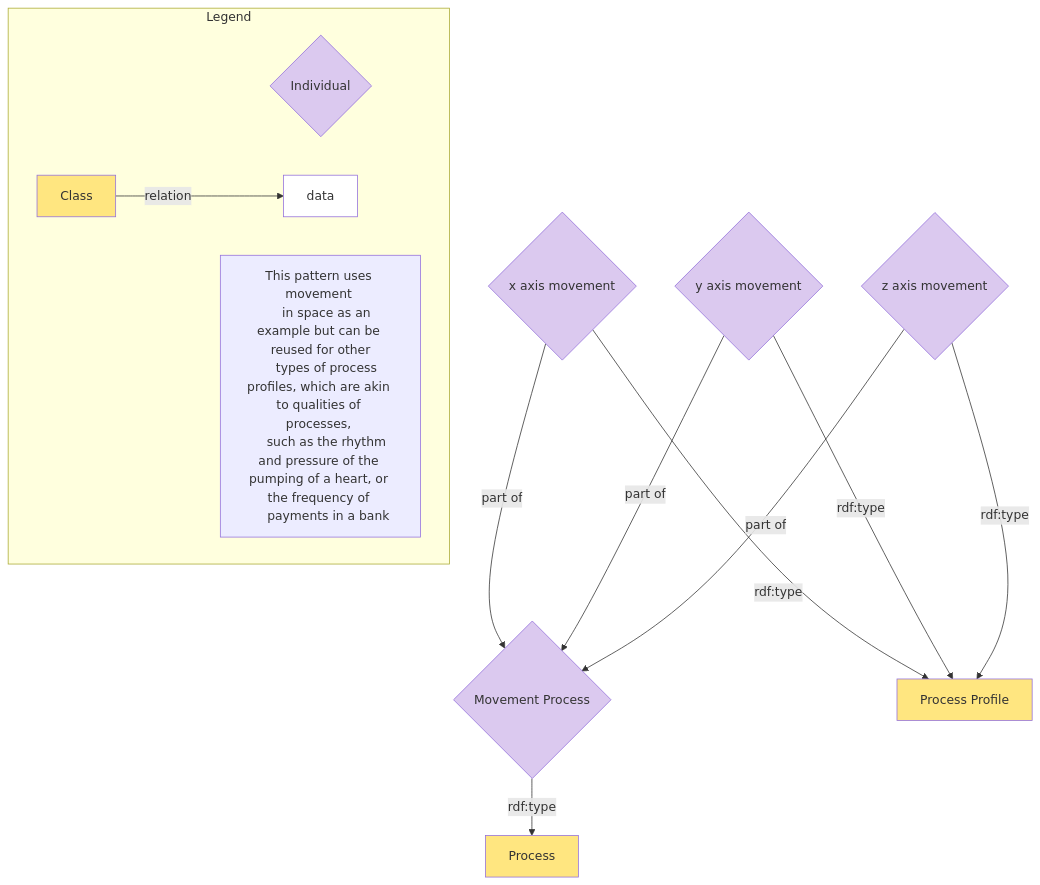
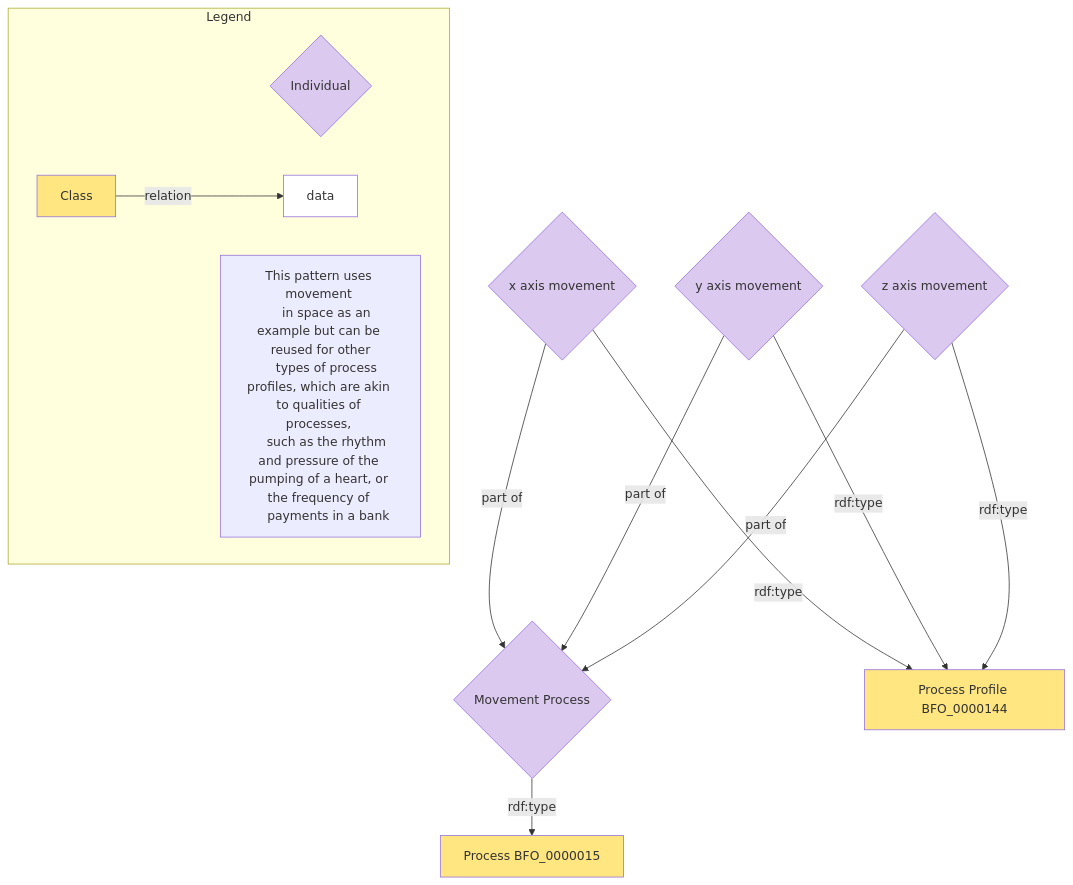
The diagram in design-patterns/new-patterns/processes/process_profile_basic.mmd (giacomodecolle/CCO-design-patterns), drawn with Mermaid before and after one commit. The commit also changed 1 other file, not shown here.

```diff
--- a/design-patterns/new-patterns/processes/process_profile_basic.mmd
+++ b/design-patterns/new-patterns/processes/process_profile_basic.mmd
@@ -1,49 +1,49 @@
 graph TB
 
 AA{x axis movement}
 
 CC{y axis movement}
 
 DD{z axis movement}
 
 
 AA --> |part of| ABC{Movement Process}
 
 CC --> |part of| ABC{Movement Process}
 
 DD --> |part of| ABC{Movement Process}
 
-ABC --> |rdf:type| ABCD[Process]
+ABC --> |rdf:type| ABCD[Process BFO_0000015]
 
 
-AA --> |rdf:type| AAA[Process Profile]
+AA --> |rdf:type| AAA[Process Profile BFO_0000144]
 
 CC --> |rdf:type| AAA
 
 DD --> |rdf:type| AAA
 
 
 
     subgraph Legend
     AAAA{Individual}
     BBBB[Class]
     CCCC[data]
     BBBB --> |relation| CCCC
     DDDD[This pattern uses movement 
     in space as an example but can be reused for other
     types of process profiles, which are akin to qualities of processes, 
     such as the rhythm and pressure of the pumping of a heart, or the frequency of 
     payments in a bank ] 
 
      
 classDef yellow fill:#ffe680
 classDef purple fill:#dbc9ef
 classDef white fill:#ffffff
 class BBBB yellow
 class AAAA purple
 class CCCC white
 end
 
 class A,B,C,D,E,F,H,AA,CC,DD,ABC purple
 class G,GG,AAA,ABCD,GGG yellow
 class F white
```
